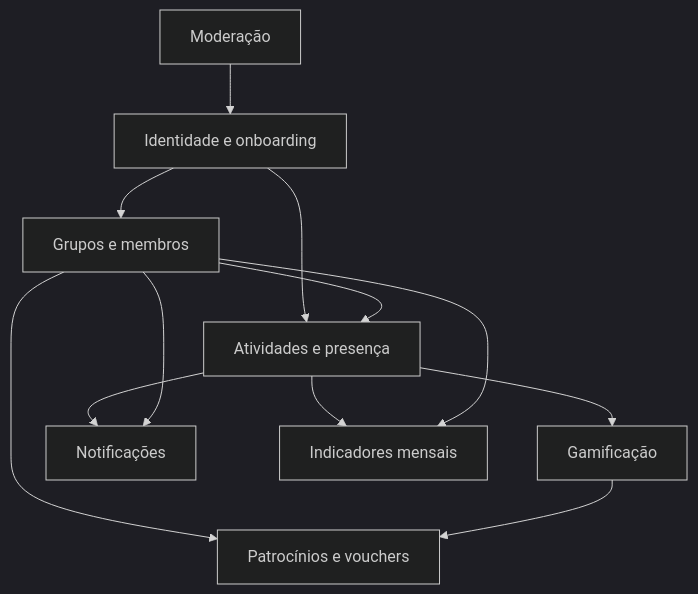
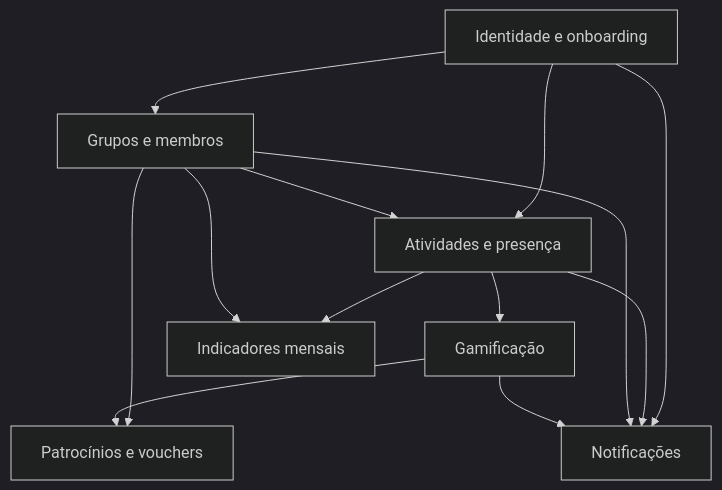
One commit to gtxeira/sigame-backend changed the third of 3 diagrams in docs/requisitos/levantamento-de-requisitos.md. Above: the diagram before and after it, drawn with Mermaid (dark theme). The commit also changed other lines of this file and 170 other files, not shown here.

````diff
--- a/docs/requisitos/levantamento-de-requisitos.md
+++ b/docs/requisitos/levantamento-de-requisitos.md
@@ -1178,22 +1311,22 @@
 ```mermaid
 flowchart TD
     Identity[Identidade e onboarding]
     Groups[Grupos e membros]
     Activities[Atividades e presença]
     Gamification[Gamificação]
-    Moderation[Moderação]
     Sponsorship[Patrocínios e vouchers]
     Notifications[Notificações]
     Reports[Indicadores mensais]
     Identity --> Groups
     Identity --> Activities
+    Identity --> Notifications
     Groups --> Activities
     Activities --> Gamification
     Groups --> Sponsorship
-    Moderation --> Identity
     Activities --> Notifications
     Groups --> Notifications
+    Gamification --> Notifications
     Gamification --> Sponsorship
     Activities --> Reports
     Groups --> Reports
 ```
````
